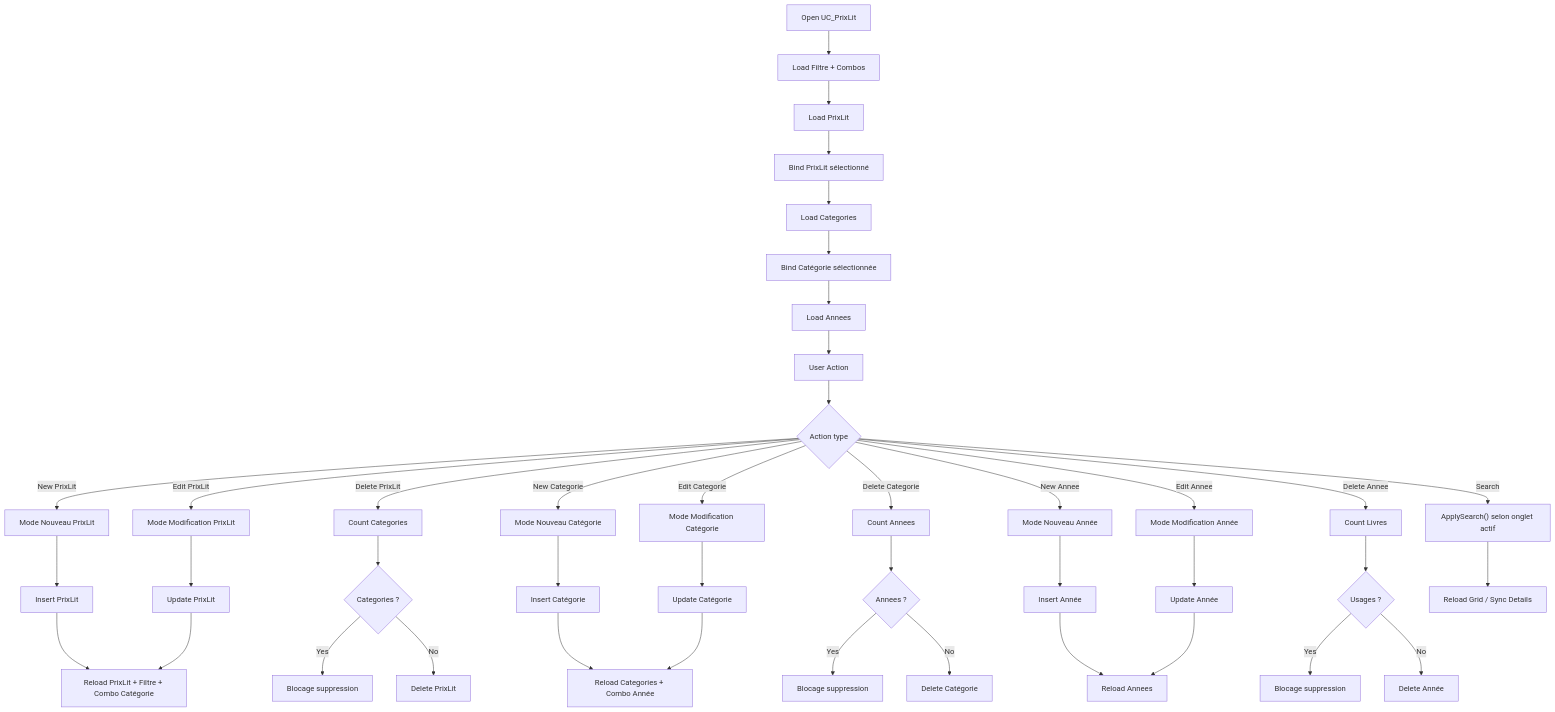
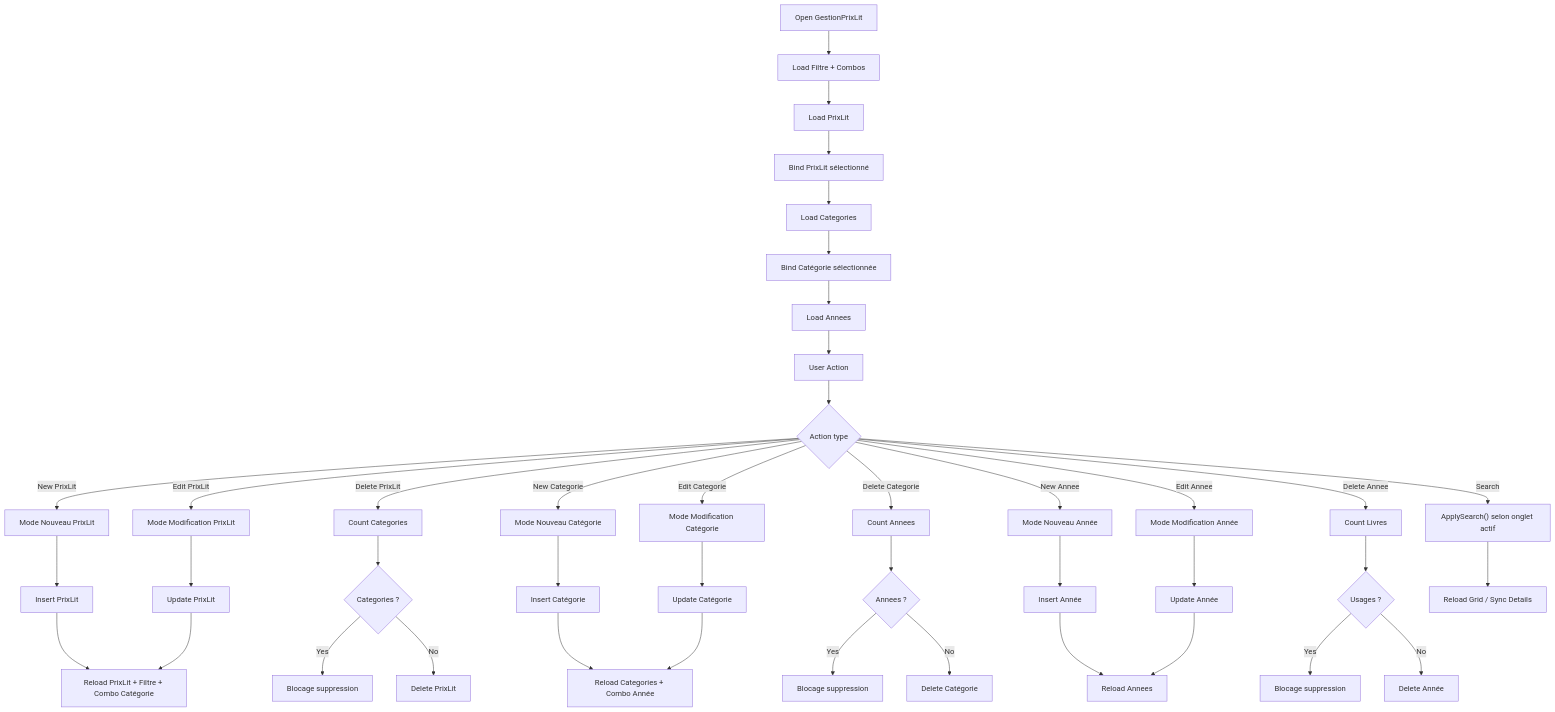
One commit to Les-Artefacts-de-Manou/Artefact changed the fifth of 5 diagrams in Docs/Process_Artefact.md. Above: the diagram before and after it, drawn with Mermaid. The commit also changed other lines of this file and 84 other files, not shown here.

````diff
--- a/Docs/Process_Artefact.md
+++ b/Docs/Process_Artefact.md
@@ -895,54 +935,54 @@
 ```mermaid
 flowchart TD
-A["Open UC_PrixLit"] --> B["Load Filtre + Combos"]
+A["Open GestionPrixLit"] --> B["Load Filtre + Combos"]
 B --> C["Load PrixLit"]
 C --> D["Bind PrixLit sélectionné"]
 D --> E["Load Categories"]
 E --> F["Bind Catégorie sélectionnée"]
 F --> G["Load Annees"]
 
 G --> H["User Action"]
 H --> I{"Action type"}
 
 I -- New PrixLit --> J["Mode Nouveau PrixLit"]
 J --> K["Insert PrixLit"]
 K --> L["Reload PrixLit + Filtre + Combo Catégorie"]
 
 I -- Edit PrixLit --> M["Mode Modification PrixLit"]
 M --> N["Update PrixLit"]
 N --> L
 
 I -- Delete PrixLit --> O["Count Categories"]
 O --> P{"Categories ?"}
 P -- Yes --> Q["Blocage suppression"]
 P -- No --> R["Delete PrixLit"]
 
 I -- New Categorie --> S["Mode Nouveau Catégorie"]
 S --> T["Insert Catégorie"]
 T --> U["Reload Categories + Combo Année"]
 
 I -- Edit Categorie --> V["Mode Modification Catégorie"]
 V --> W["Update Catégorie"]
 W --> U
 
 I -- Delete Categorie --> X["Count Annees"]
 X --> Y{"Annees ?"}
 Y -- Yes --> Z["Blocage suppression"]
 Y -- No --> AA["Delete Catégorie"]
 
 I -- New Annee --> AB["Mode Nouveau Année"]
 AB --> AC["Insert Année"]
 AC --> AD["Reload Annees"]
 
 I -- Edit Annee --> AE["Mode Modification Année"]
 AE --> AF["Update Année"]
 AF --> AD
 
 I -- Delete Annee --> AG["Count Livres"]
 AG --> AH{"Usages ?"}
 AH -- Yes --> AI["Blocage suppression"]
 AH -- No --> AJ["Delete Année"]
 
 I -- Search --> AK["ApplySearch() selon onglet actif"]
 AK --> AL["Reload Grid / Sync Details"]
 ```
````
